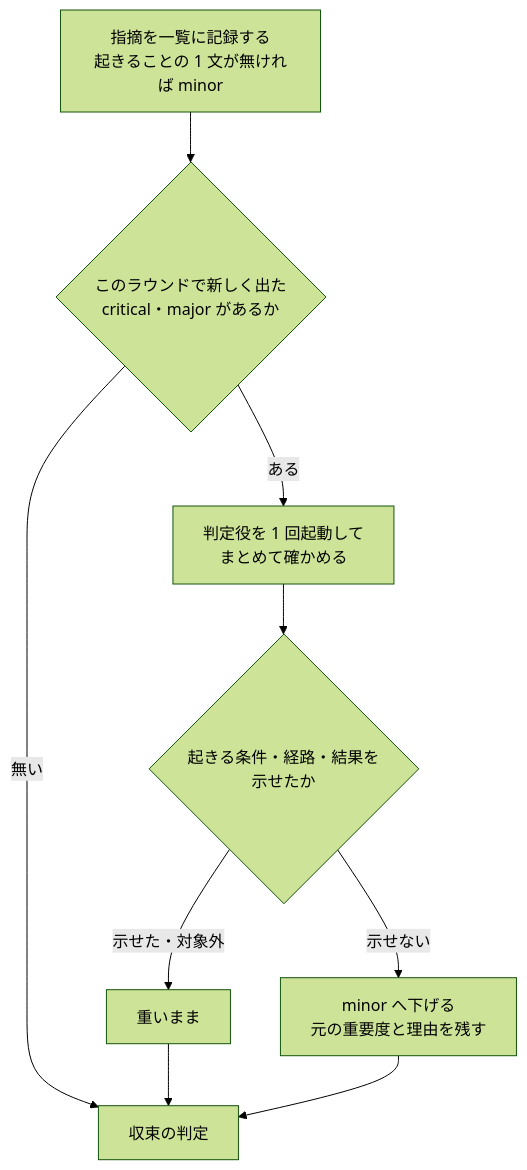
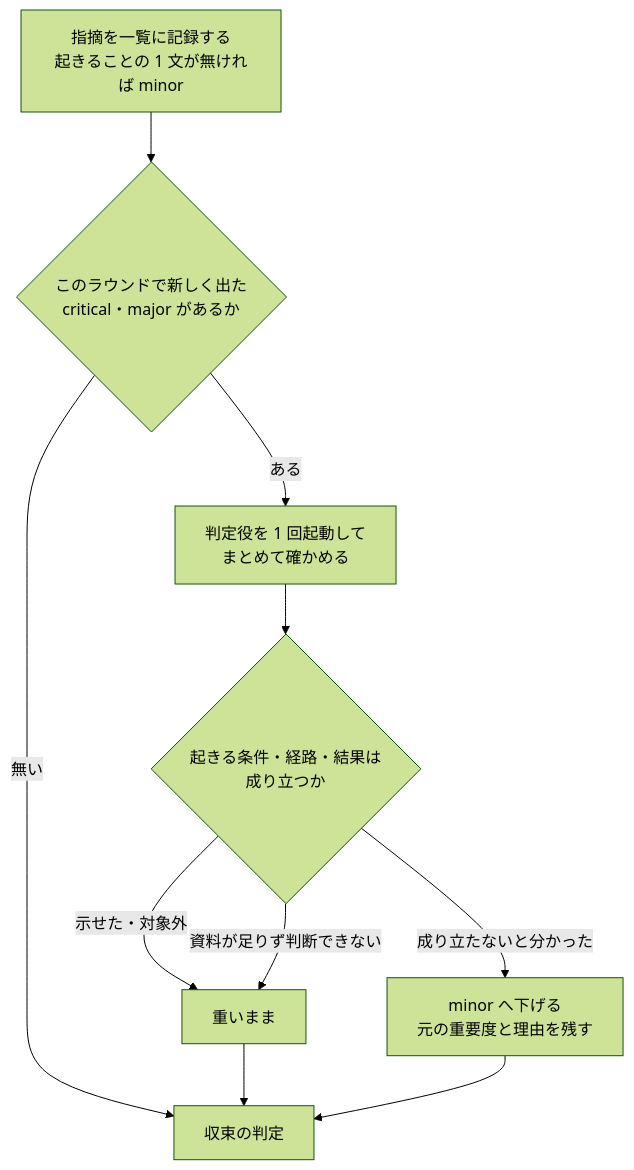
The second of 3 diagrams in issues/issue-4363-design.md (devbasex/ai-plugins), drawn with Mermaid (forest theme) before and after one commit. The commit also changed other lines of this file and 2 other files, not shown here.

````diff
--- a/issues/issue-4363-design.md
+++ b/issues/issue-4363-design.md
@@ -30,11 +30,12 @@
 ```mermaid
 flowchart TD
     A[指摘を一覧に記録する<br>起きることの 1 文が無ければ minor] --> B{このラウンドで新しく出た<br>critical・major があるか}
     B -->|無い| F[収束の判定]
     B -->|ある| C[判定役を 1 回起動して<br>まとめて確かめる]
-    C --> D{起きる条件・経路・結果を<br>示せたか}
+    C --> D{起きる条件・経路・結果は<br>成り立つか}
     D -->|示せた・対象外| E[重いまま]
-    D -->|示せない| G[minor へ下げる<br>元の重要度と理由を残す]
+    D -->|成り立たないと分かった| G[minor へ下げる<br>元の重要度と理由を残す]
+    D -->|資料が足りず判断できない| E
     E --> F
     G --> F
 ```
````
